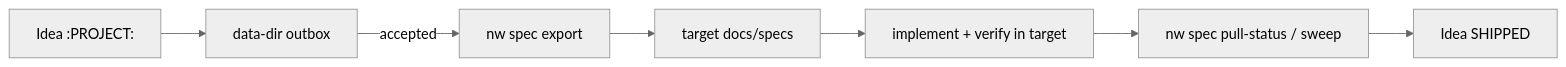
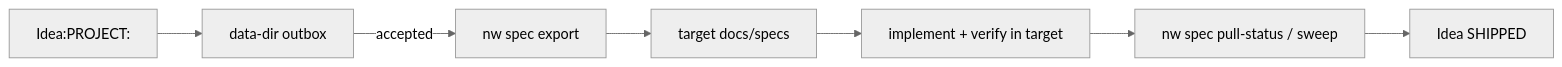
Before and after one commit to brunosmmm/nightwright: the diagram in docs/product/guides/outbound.md, drawn with Mermaid (neutral theme). The commit also changed 38 other files, not shown here.

````diff
--- a/docs/product/guides/outbound.md
+++ b/docs/product/guides/outbound.md
@@ -7,9 +7,9 @@
 ```mermaid
 flowchart LR
-  Idea[Idea :PROJECT:] --> Outbox[data-dir outbox]
+  Idea[Idea:PROJECT:] --> Outbox[data-dir outbox]
   Outbox -->|accepted| Export[nw spec export]
   Export --> Port[target docs/specs]
   Port --> Impl[implement + verify in target]
   Impl --> Pull[nw spec pull-status / sweep]
   Pull --> Ship[Idea SHIPPED]
 ```
````
